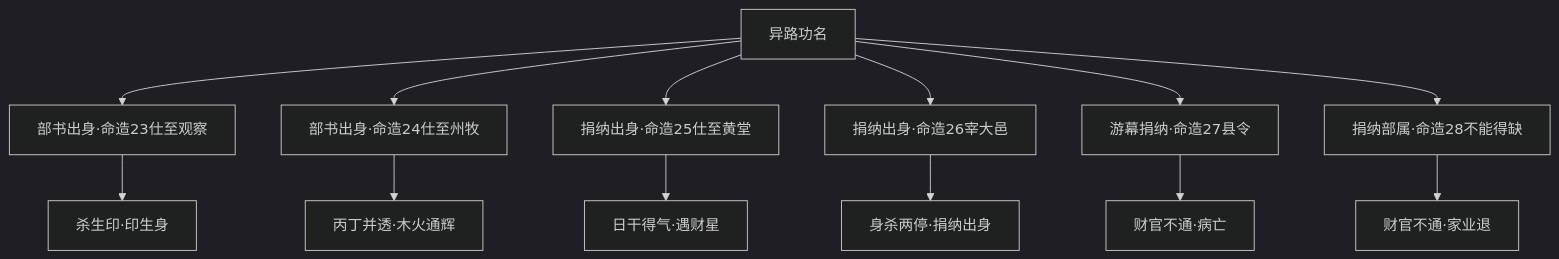
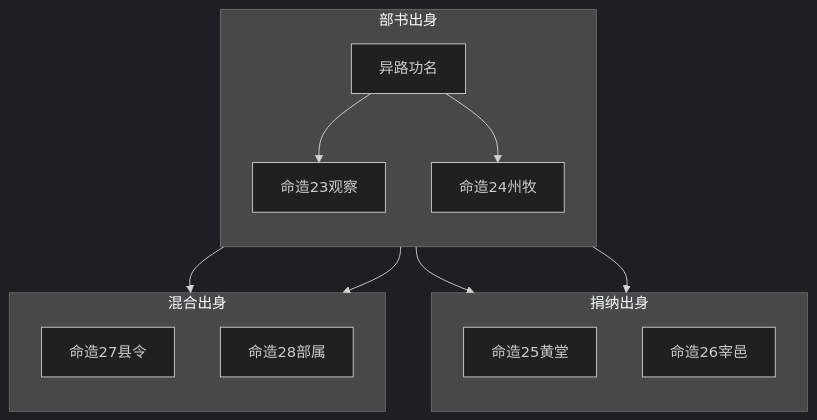
The fourth of 4 diagrams in books/滴天髓阐微/articles/出身/interpretation.md (Banny-Gao/mingli-research), drawn with Mermaid (dark theme) before and after one commit. The commit also changed other lines of this file and 41 other files, not shown here.

````diff
--- a/books/滴天髓阐微/articles/出身/interpretation.md
+++ b/books/滴天髓阐微/articles/出身/interpretation.md
@@ -487,15 +561,22 @@
 ```mermaid
 flowchart TD
-    A[异路功名] --> B[部书出身·命造23仕至观察]
-    A --> C[部书出身·命造24仕至州牧]
-    A --> D[捐纳出身·命造25仕至黄堂]
-    A --> E[捐纳出身·命造26宰大邑]
-    A --> F[游幕捐纳·命造27县令]
-    A --> G[捐纳部属·命造28不能得缺]
-    B --> B1[杀生印·印生身]
-    C --> C1[丙丁并透·木火通辉]
-    D --> D1[日干得气·遇财星]
-    E --> E1[身杀两停·捐纳出身]
-    F --> F1[财官不通·病亡]
-    G --> G1[财官不通·家业退]
+    A[异路功名]
+
+    subgraph CLERKS["部书出身"]
+        direction TD
+        A --> B[命造23观察]
+        A --> C[命造24州牧]
+    end
+
+    subgraph BUY["捐纳出身"]
+        direction TD
+        A --> D[命造25黄堂]
+        A --> E[命造26宰邑]
+    end
+
+    subgraph MIXED["混合出身"]
+        direction TD
+        A --> F[命造27县令]
+        A --> G[命造28部属]
+    end
 ```
````
